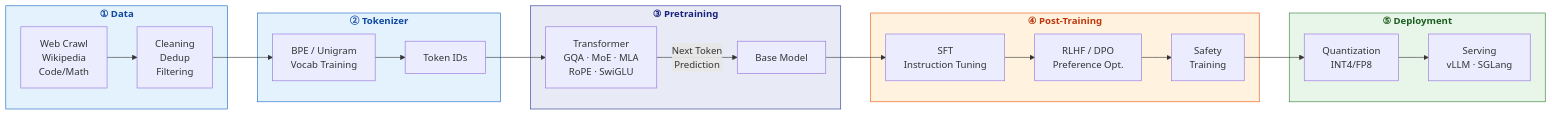
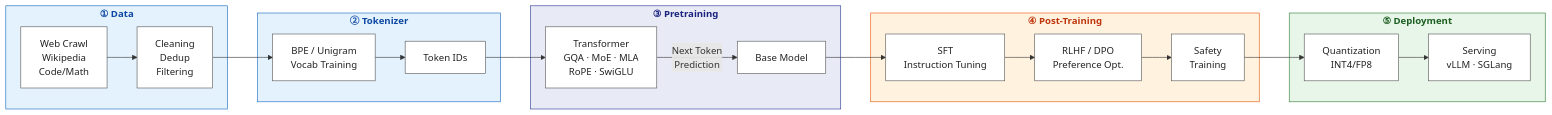
Before and after one commit to yingwang/llm-tutorial: the first of 2 diagrams in en/README.md, drawn with Mermaid. The commit also changed other lines of this file and 1 other file, not shown here.

Commit message:
Fix Mermaid diagram nodes invisible in dark mode
Inner nodes had no style, so mkdocs-material's dark theme rendered
them with light text on the subgraph's light pastel fills, basically
unreadable. Added classDef forcing white fill + dark text on the
chapter nodes so they're legible in both light and dark schemes.

````diff
--- a/en/README.md
+++ b/en/README.md
@@ -11,33 +11,36 @@
 ```mermaid
 flowchart LR
     subgraph DATA["<b>① Data</b>"]
         D1["Web Crawl\nWikipedia\nCode/Math"] --> D2["Cleaning\nDedup\nFiltering"]
     end
 
     subgraph TOK["<b>② Tokenizer</b>"]
         D2 --> T1["BPE / Unigram\nVocab Training"]
         T1 --> T2["Token IDs"]
     end
 
     subgraph PRE["<b>③ Pretraining</b>"]
         T2 --> P1["Transformer\nGQA · MoE · MLA\nRoPE · SwiGLU"]
         P1 --> |"Next Token\nPrediction"| P2["Base Model"]
     end
 
     subgraph POST["<b>④ Post-Training</b>"]
         P2 --> S1["SFT\nInstruction Tuning"]
         S1 --> S2["RLHF / DPO\nPreference Opt."]
         S2 --> S3["Safety\nTraining"]
     end
 
     subgraph DEPLOY["<b>⑤ Deployment</b>"]
         S3 --> Q1["Quantization\nINT4/FP8"]
         Q1 --> Q2["Serving\nvLLM · SGLang"]
     end
 
+    classDef step fill:#ffffff,stroke:#555,color:#222
+    class D1,D2,T1,T2,P1,P2,S1,S2,S3,Q1,Q2 step
+
     style DATA fill:#e3f2fd,stroke:#1565c0,color:#0d47a1
     style TOK fill:#e3f2fd,stroke:#1565c0,color:#0d47a1
     style PRE fill:#e8eaf6,stroke:#283593,color:#1a237e
     style POST fill:#fff3e0,stroke:#e65100,color:#bf360c
     style DEPLOY fill:#e8f5e9,stroke:#2e7d32,color:#1b5e20
 ```
````
